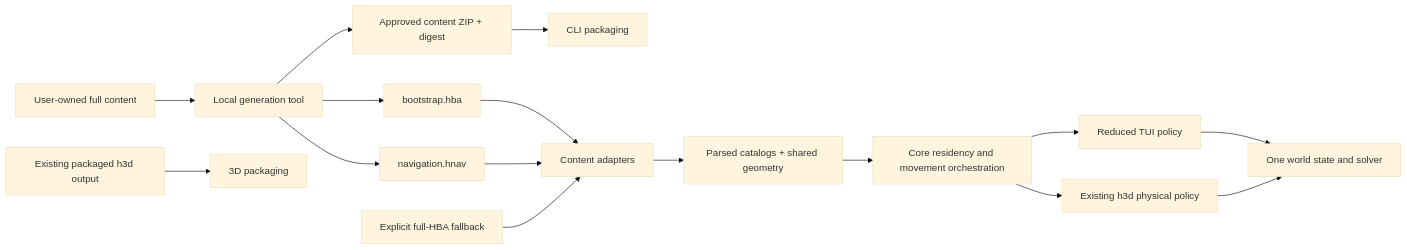
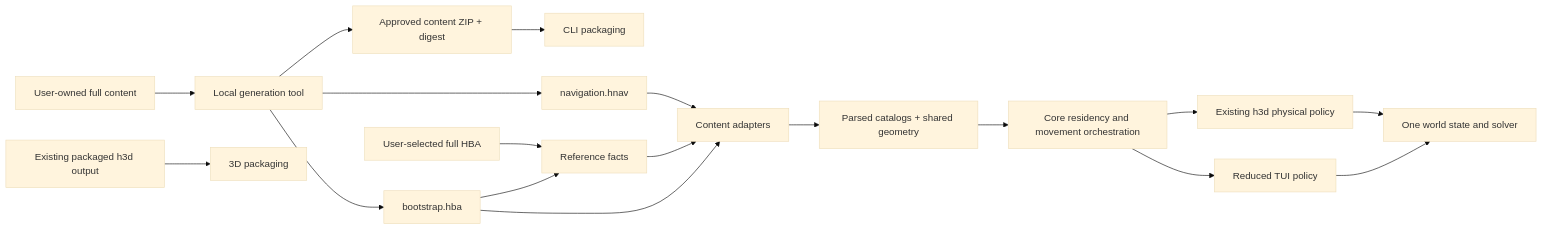
Before and after one commit to merklejerk/holtburger: the first of 2 diagrams in docs/plans/cli-navigation-and-split-alpha-release-plan.md, drawn with Mermaid (base theme). The commit also changed other lines of this file and 49 other files, not shown here.

````diff
--- a/docs/plans/cli-navigation-and-split-alpha-release-plan.md
+++ b/docs/plans/cli-navigation-and-split-alpha-release-plan.md
@@ -116,18 +309,20 @@
 ```mermaid
 flowchart LR
     Source[User-owned full content] --> Generate[Local generation tool]
     Generate --> Bootstrap[bootstrap.hba]
     Generate --> Nav[navigation.hnav]
     Generate --> Pin[Approved content ZIP + digest]
     Pin --> PackageCLI[CLI packaging]
     Bootstrap --> Load[Content adapters]
     Nav --> Load
-    Full[Explicit full-HBA fallback] --> Load
+    Full[User-selected full HBA] --> BootstrapFacts[Reference facts]
+    Bootstrap --> BootstrapFacts
+    BootstrapFacts --> Load
     Load --> Products[Parsed catalogs + shared geometry]
     Products --> Core[Core residency and movement orchestration]
     Core --> TUI[Reduced TUI policy]
     Core --> H3D[Existing h3d physical policy]
     TUI --> World[One world state and solver]
     H3D --> World
     Native3D[Existing packaged h3d output] --> Package3D[3D packaging]
 ```
````
